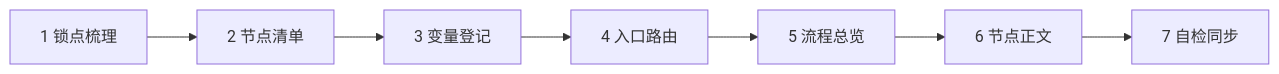
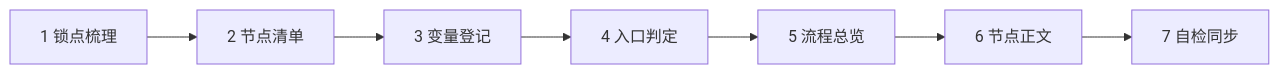
Before and after one commit to bestdtang/MissingEggDoc: the diagram in docs/18-树状对话脚本生成方法.md, drawn with Mermaid. The commit also changed other lines of this file and 39 other files, not shown here.

````diff
--- a/docs/18-树状对话脚本生成方法.md
+++ b/docs/18-树状对话脚本生成方法.md
@@ -51,9 +51,9 @@
 ```mermaid
 flowchart LR
   A["1 锁点梳理"] --> B["2 节点清单"]
   B --> C["3 变量登记"]
-  C --> D["4 入口路由"]
+  C --> D["4 入口判定"]
   D --> E["5 流程总览"]
   E --> F["6 节点正文"]
   F --> G["7 自检同步"]
 ```
````
